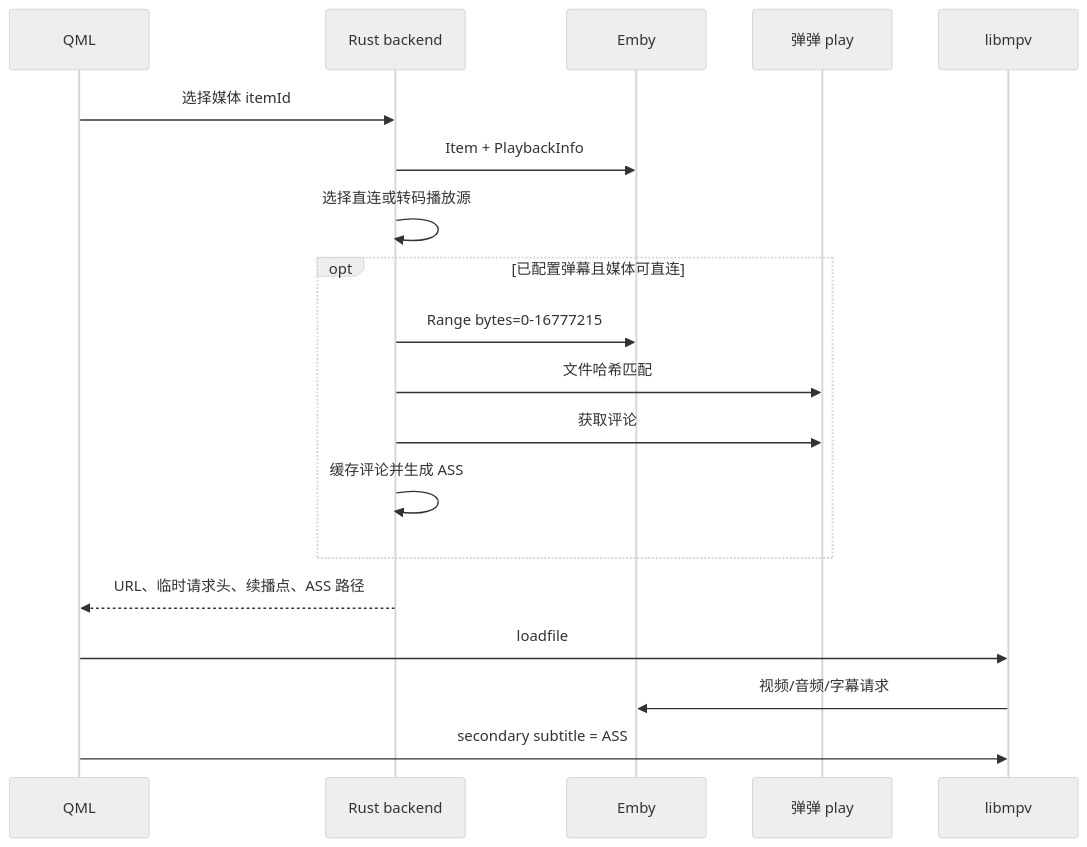
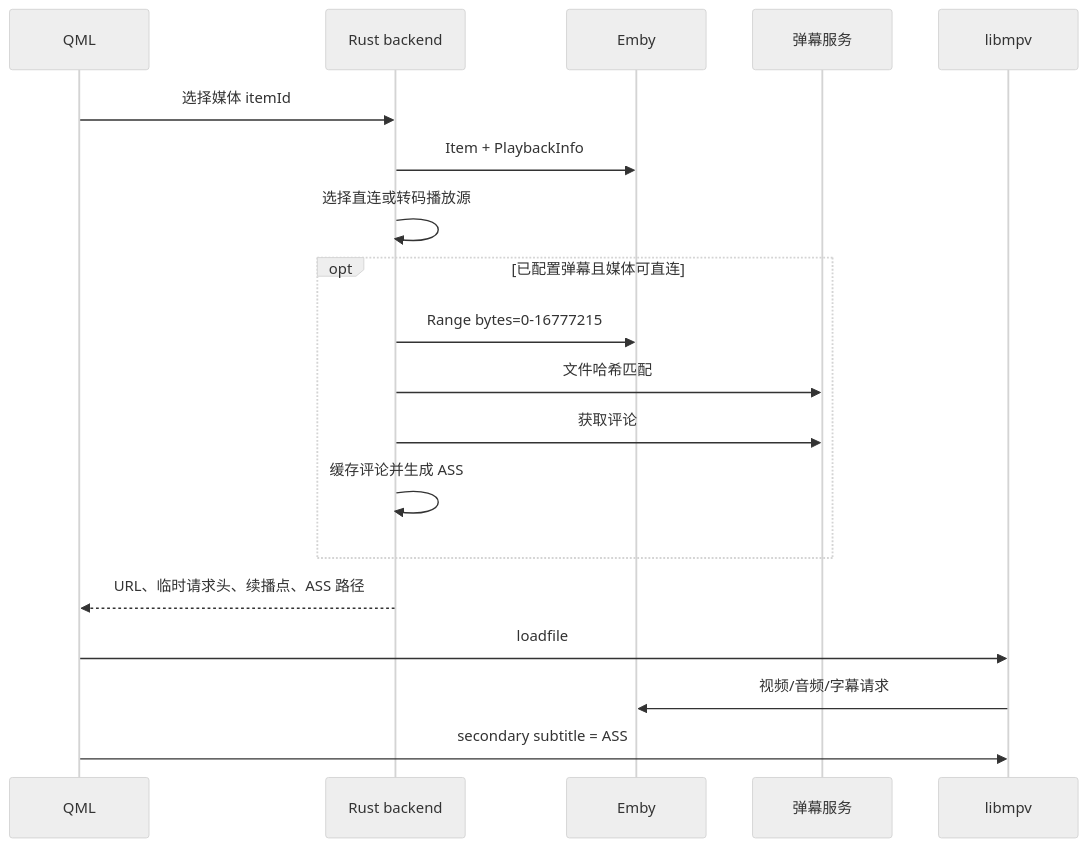
The second of 2 diagrams in docs/ARCHITECTURE.md (TwooSix/Yanami), drawn with Mermaid (neutral theme) before and after one commit. The commit also changed other lines of this file and 3 other files, not shown here.

````diff
--- a/docs/ARCHITECTURE.md
+++ b/docs/ARCHITECTURE.md
@@ -35,22 +35,22 @@
 ```mermaid
 sequenceDiagram
     participant UI as QML
     participant Rust as Rust backend
     participant Emby as Emby
-    participant DDP as 弹弹 play
+    participant Danmaku as 弹幕服务
     participant MPV as libmpv
 
     UI->>Rust: 选择媒体 itemId
     Rust->>Emby: Item + PlaybackInfo
     Rust->>Rust: 选择直连或转码播放源
     opt 已配置弹幕且媒体可直连
         Rust->>Emby: Range bytes=0-16777215
-        Rust->>DDP: 文件哈希匹配
-        Rust->>DDP: 获取评论
+        Rust->>Danmaku: 文件哈希匹配
+        Rust->>Danmaku: 获取评论
         Rust->>Rust: 缓存评论并生成 ASS
     end
     Rust-->>UI: URL、临时请求头、续播点、ASS 路径
     UI->>MPV: loadfile
     MPV->>Emby: 视频/音频/字幕请求
     UI->>MPV: secondary subtitle = ASS
 ```
````
